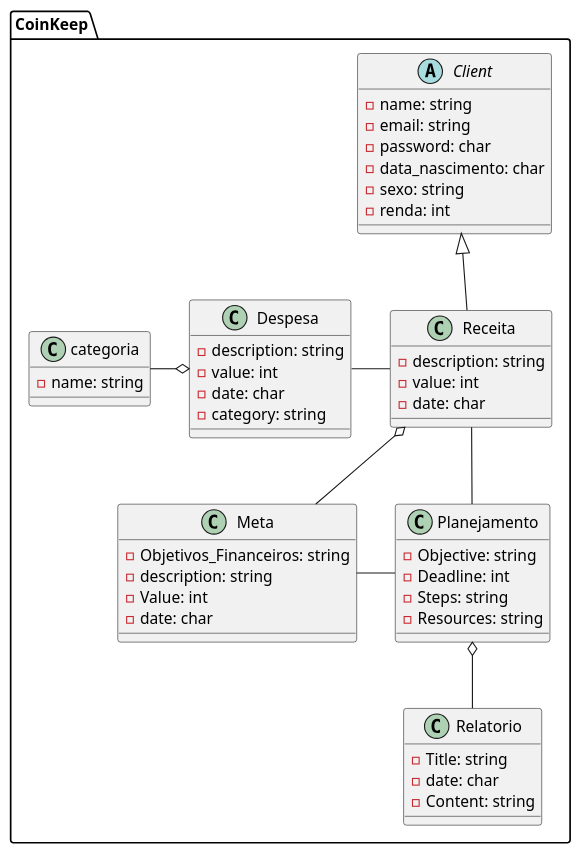
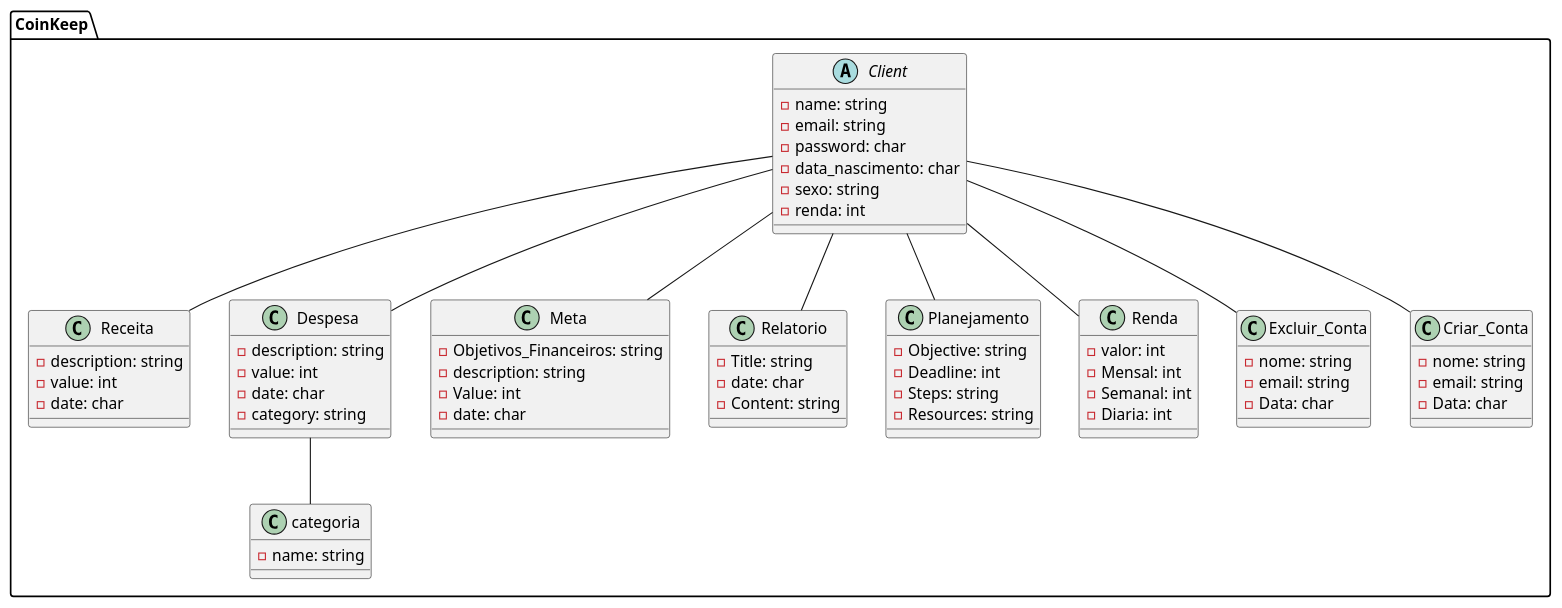
One commit to Guisandroni/Projeto-de-Eng.Soft2 changed the diagram in Docs/modeloconceitual/modconceit.puml. Above: the diagram before and after it, drawn with PlantUML. The commit also changed 4 other files, not shown here.

```diff
--- a/Docs/modeloconceitual/modconceit.puml
+++ b/Docs/modeloconceitual/modconceit.puml
@@ -1,63 +1,83 @@
 @startuml
 
 package "CoinKeep" {
 
   abstract Client {
     - name: string
     - email: string
     - password: char
     - data_nascimento: char
     - sexo: string
     - renda: int
     
   }
 
   class Receita {
     - description: string
     - value: int
     - date: char
   }
 
   class Despesa {
     - description: string
     - value: int
     - date: char
     - category: string
   }
 
   class Meta {
     - Objetivos_Financeiros: string
     - description: string
     - Value: int
     - date: char
     
   }
 
   class Relatorio {
     - Title: string
     - date: char
     - Content: string
   }
 
   class Planejamento {
     - Objective: string
     - Deadline: int
     - Steps: string
     - Resources: string
   }
   class categoria{
       - name: string
   }
 
-  
+  class Renda{
+    - valor: int
+    - Mensal: int
+    - Semanal: int 
+    - Diaria: int
+    
+  }
 
-  Client  <|-- Receita
-  Despesa o-l-   categoria
-  Planejamento o-- Relatorio
-  Receita o-- Meta
-  Receita -l- Despesa
-  Planejamento -- Receita
-  Meta -r- Planejamento
+  class Excluir_Conta{
+    - nome: string
+    - email: string
+    - Data: char
+
+  }
+  Class Criar_Conta{
+    - nome: string
+    - email: string
+    - Data: char
+  }
+ Client -- Receita
+ Client -- Despesa
+ Client -- Planejamento
+ Client -- Meta
+ Client -- Relatorio
+ Despesa -- categoria
+ Client -- Renda
+ Client -- Excluir_Conta
+ Client -- Criar_Conta
+
 }
 
 @enduml
```
